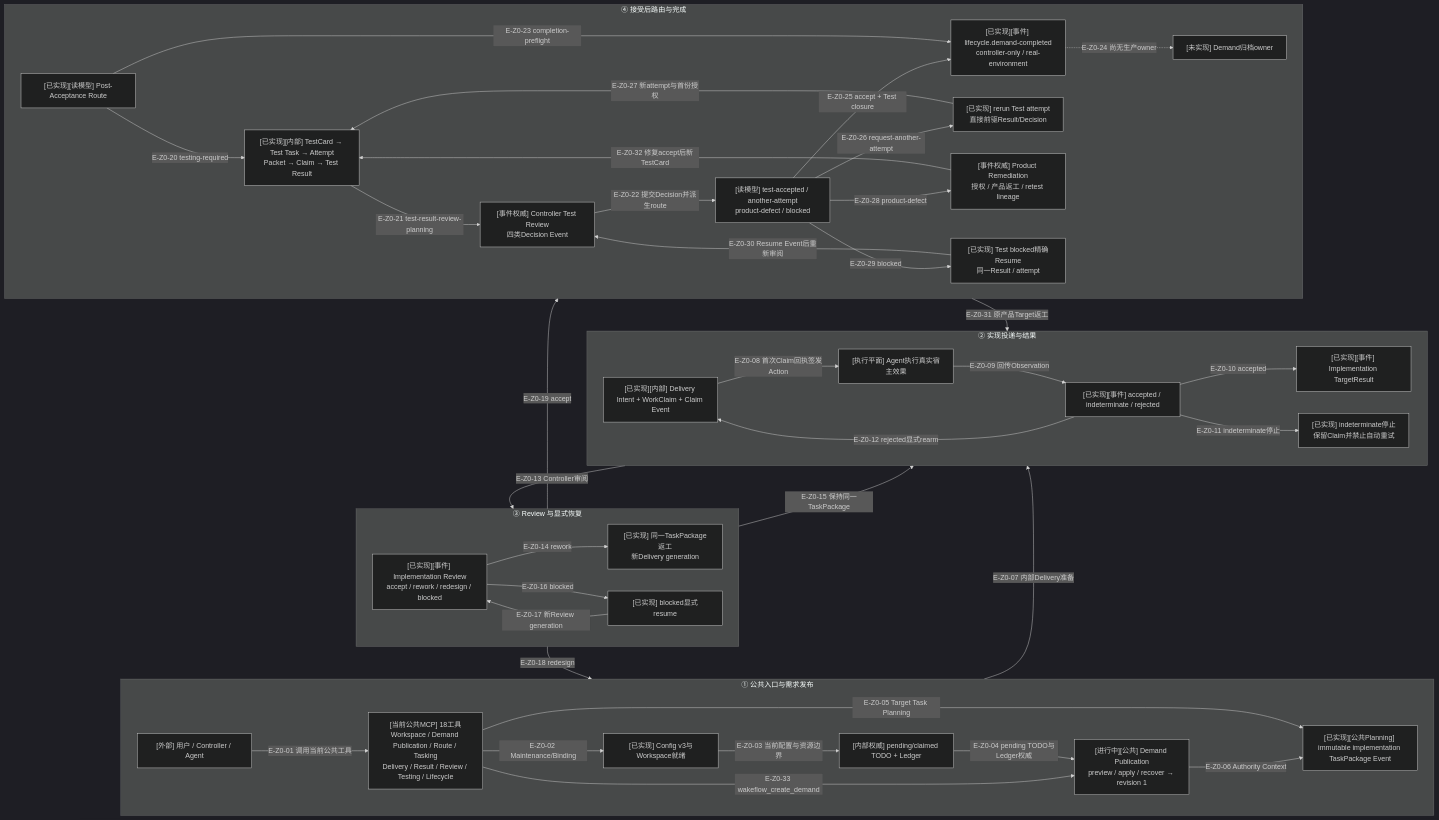
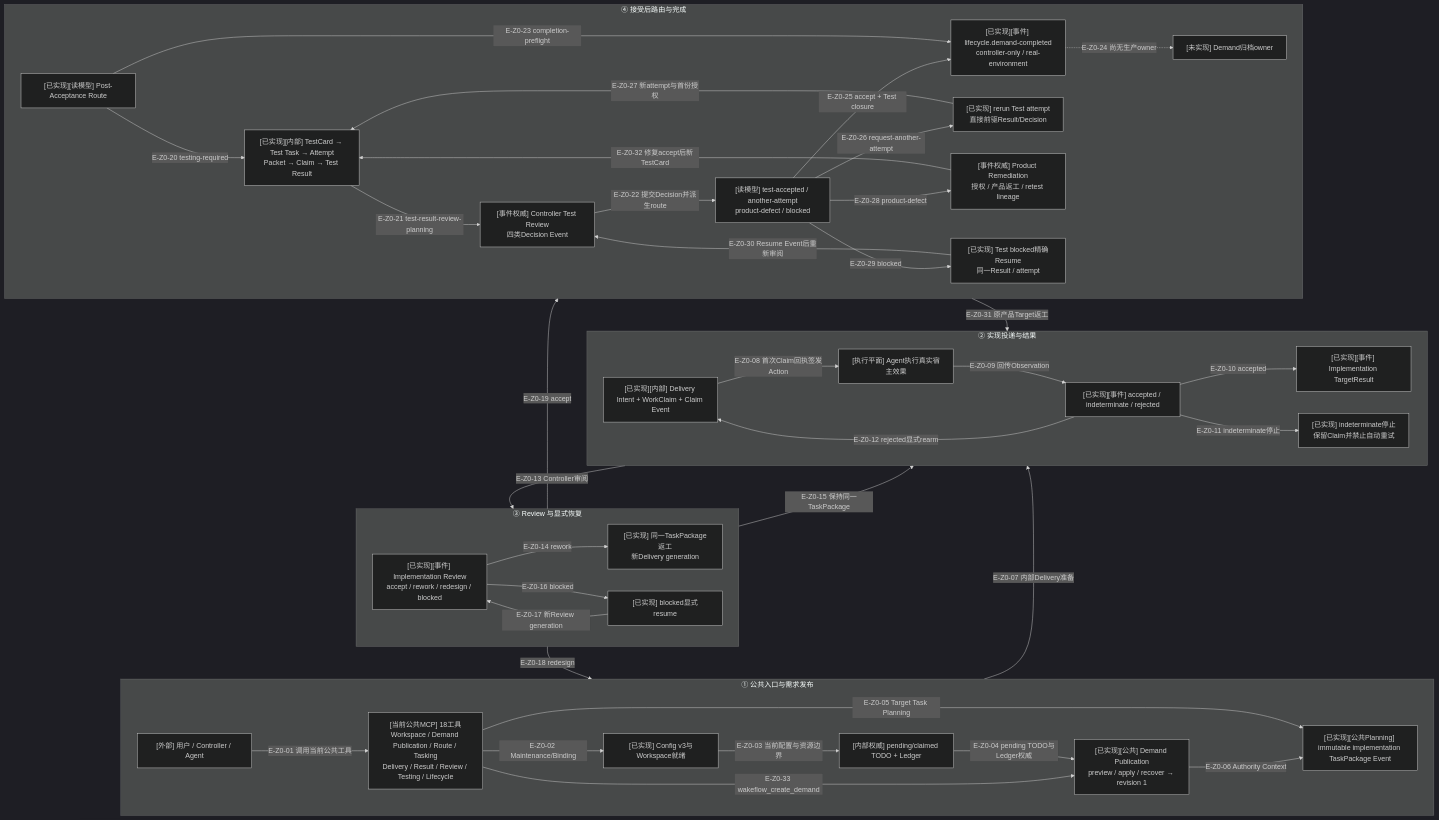
Before and after one commit to GxFn/Wakeflow: the diagram in wakeflow-architecture-atlas/maps/10-end-to-end-business-flow/README.md, drawn with Mermaid (dark theme). The commit also changed other lines of this file and 23 other files, not shown here.

Commit message:
docs: update architecture atlas for managed evidence foundation

````diff
--- a/wakeflow-architecture-atlas/maps/10-end-to-end-business-flow/README.md
+++ b/wakeflow-architecture-atlas/maps/10-end-to-end-business-flow/README.md
@@ -64,80 +66,80 @@
 ```mermaid
 flowchart TB
   accTitle: Wakeflow从需求进入到实现返工条件测试和完成的端到端业务流程
   accDescr: Workspace经公开Maintenance/Binding准备，wakeflow_create_demand以preview和精确apply发布Demand后claim TODO，或按sidecar显式recover。十八个公共工具按Route完成implementation/test Planning、Delivery、Result、Review、rerun、Remediation/retest和两种Completion；Agent独立执行宿主效果。Archive仍缺失，Research Completion和Implementation Redesign保持显式blocker。
 
   subgraph SETUP["① 公共入口与需求发布"]
     direction LR
     ACTOR["[外部] 用户 / Controller / Agent"]
     PUBLIC["[当前公共MCP] 18工具\nWorkspace / Demand Publication / Route / Tasking\nDelivery / Result / Review / Testing / Lifecycle"]
     WORKSPACE["[已实现] Config v3与Workspace就绪"]
     TODO["[内部权威] pending/claimed TODO + Ledger"]
-    DEMAND["[进行中][公共] Demand Publication\npreview / apply / recover → revision 1"]
+    DEMAND["[已实现][公共] Demand Publication\npreview / apply / recover → revision 1"]
     PACKAGE["[已实现][公共Planning] immutable implementation TaskPackage Event"]
   end
 
   subgraph DELIVERY_FLOW["② 实现投递与结果"]
     direction LR
     DELIVERY["[已实现][内部] Delivery Intent + WorkClaim + Claim Event"]
     HOST["[执行平面] Agent执行真实宿主效果"]
     OUTCOME["[已实现][事件] accepted / indeterminate / rejected"]
     RESULT["[已实现][事件] Implementation TargetResult"]
     INDETERMINATE_STOP["[已实现] indeterminate停止\n保留Claim并禁止自动重试"]
   end
 
   subgraph REVIEW_FLOW["③ Review 与显式恢复"]
     direction LR
     REVIEW["[已实现][事件] Implementation Review\naccept / rework / redesign / blocked"]
     REWORK["[已实现] 同一TaskPackage返工\n新Delivery generation"]
     RESUME["[已实现] blocked显式resume"]
   end
 
   subgraph FINISH["④ 接受后路由与完成"]
     direction LR
     ROUTE["[已实现][读模型] Post-Acceptance Route"]
     TESTING["[已实现][内部] TestCard → Test Task → Attempt\nPacket → Claim → Test Result"]
     TEST_REVIEW["[事件权威] Controller Test Review\n四类Decision Event"]
     TEST_ROUTE["[读模型] test-accepted / another-attempt\nproduct-defect / blocked"]
     TEST_RERUN["[已实现] rerun Test attempt\n直接前驱Result/Decision"]
     TEST_RESUME["[已实现] Test blocked精确Resume\n同一Result / attempt"]
     REMEDIATION["[事件权威] Product Remediation\n授权 / 产品返工 / retest lineage"]
     COMPLETE["[已实现][事件] lifecycle.demand-completed\ncontroller-only / real-environment"]
     ARCHIVE["[未实现] Demand归档owner"]
   end
 
   ACTOR -->|"E-Z0-01 调用当前公共工具"| PUBLIC
   PUBLIC -->|"E-Z0-02 Maintenance/Binding"| WORKSPACE
   WORKSPACE -->|"E-Z0-03 当前配置与资源边界"| TODO
   TODO -->|"E-Z0-04 pending TODO与Ledger权威"| DEMAND
   PUBLIC -->|"E-Z0-33 wakeflow_create_demand"| DEMAND
   PUBLIC -->|"E-Z0-05 Target Task Planning"| PACKAGE
   DEMAND -->|"E-Z0-06 Authority Context"| PACKAGE
   PACKAGE -->|"E-Z0-07 内部Delivery准备"| DELIVERY
   DELIVERY -->|"E-Z0-08 首次Claim回执签发Action"| HOST
   HOST -->|"E-Z0-09 回传Observation"| OUTCOME
   OUTCOME -->|"E-Z0-10 accepted"| RESULT
   OUTCOME -->|"E-Z0-11 indeterminate停止"| INDETERMINATE_STOP
   OUTCOME -->|"E-Z0-12 rejected显式rearm"| DELIVERY
   RESULT -->|"E-Z0-13 Controller审阅"| REVIEW
 
   REVIEW -->|"E-Z0-14 rework"| REWORK
   REWORK -->|"E-Z0-15 保持同一TaskPackage"| DELIVERY
   REVIEW -->|"E-Z0-16 blocked"| RESUME
   RESUME -->|"E-Z0-17 新Review generation"| REVIEW
   REVIEW -->|"E-Z0-18 redesign"| ACTOR
   REVIEW -->|"E-Z0-19 accept"| ROUTE
 
   ROUTE -->|"E-Z0-20 testing-required"| TESTING
   TESTING -->|"E-Z0-21 test-result-review-planning"| TEST_REVIEW
   TEST_REVIEW -->|"E-Z0-22 提交Decision并派生route"| TEST_ROUTE
   TEST_ROUTE -->|"E-Z0-25 accept + Test closure"| COMPLETE
   TEST_ROUTE -->|"E-Z0-26 request-another-attempt"| TEST_RERUN
   TEST_RERUN -->|"E-Z0-27 新attempt与首份授权"| TESTING
   TEST_ROUTE -->|"E-Z0-28 product-defect"| REMEDIATION
   REMEDIATION -->|"E-Z0-31 原产品Target返工"| DELIVERY
   REMEDIATION -->|"E-Z0-32 修复accept后新TestCard"| TESTING
   TEST_ROUTE -->|"E-Z0-29 blocked"| TEST_RESUME
   TEST_RESUME -->|"E-Z0-30 Resume Event后重新审阅"| TEST_REVIEW
   ROUTE -->|"E-Z0-23 completion-preflight"| COMPLETE
   COMPLETE -.->|"E-Z0-24 尚无生产owner"| ARCHIVE
 ```
````
